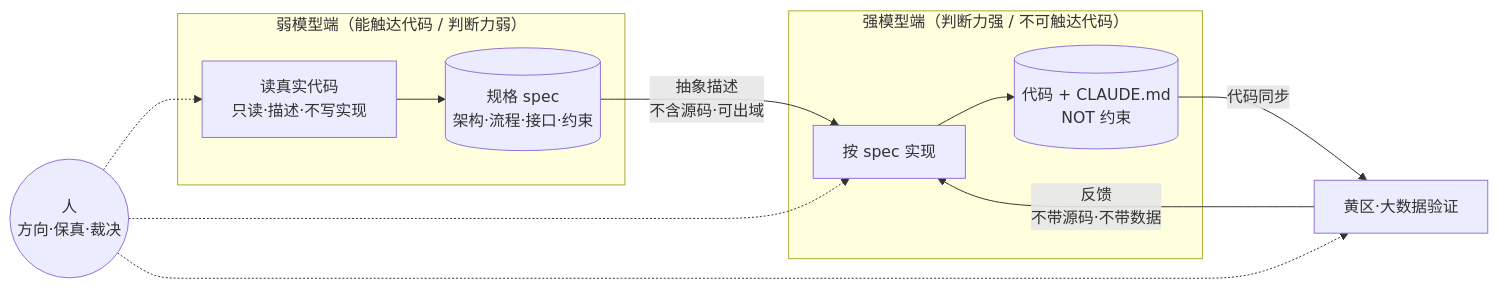
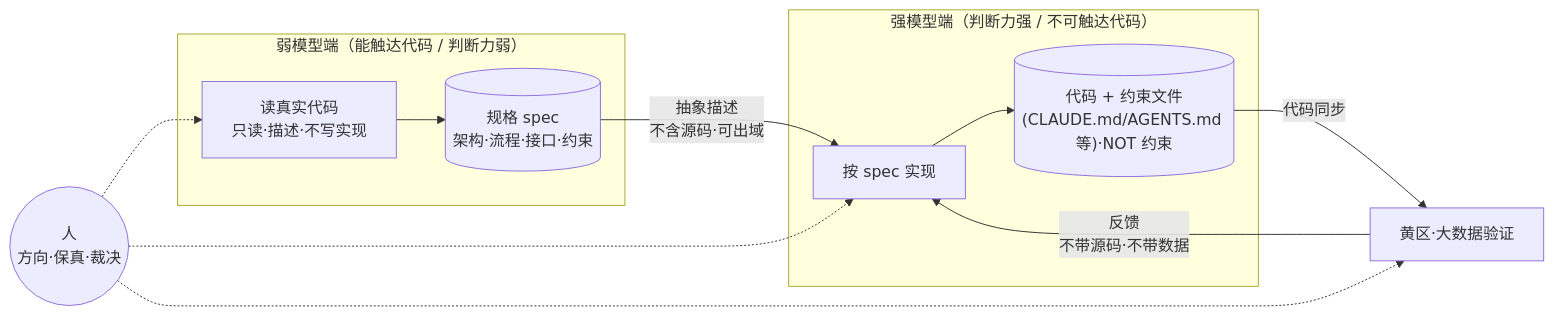
Before and after one commit to pkuCactus/crydet: the first of 2 diagrams in docs/llm_refactoring_experience.md, drawn with Mermaid. The commit also changed other lines of this file, not shown here.

````diff
--- a/docs/llm_refactoring_experience.md
+++ b/docs/llm_refactoring_experience.md
@@ -39,15 +39,15 @@
 ```mermaid
 flowchart LR
     subgraph A["弱模型端（能触达代码 / 判断力弱）"]
         R["读真实代码<br/>只读·描述·不写实现"] --> S[("规格 spec<br/>架构·流程·接口·约束")]
     end
     S -- "抽象描述<br/>不含源码·可出域" --> I
     subgraph B["强模型端（判断力强 / 不可触达代码）"]
-        I["按 spec 实现"] --> C[("代码 + CLAUDE.md<br/>NOT 约束")]
+        I["按 spec 实现"] --> C[("代码 + 约束文件<br/>(CLAUDE.md/AGENTS.md 等)·NOT 约束")]
     end
     C -- "代码同步" --> V["黄区·大数据验证"]
     V -- "反馈<br/>不带源码·不带数据" --> I
     H(("人<br/>方向·保真·裁决")) -.-> R
     H -.-> I
     H -.-> V
 ```
````
